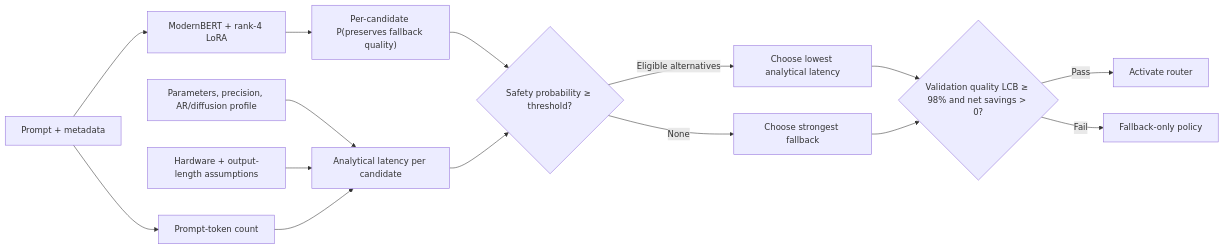
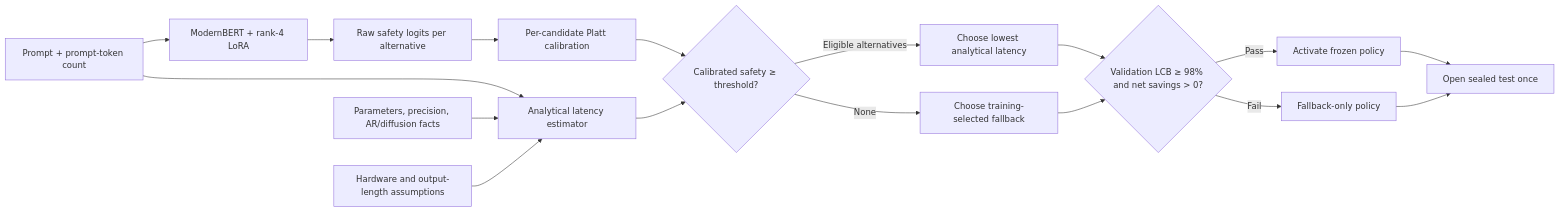
The diagram in README.md (BrunoVitti96/LLM-router), drawn with Mermaid before and after one commit. The commit also changed other lines of this file and 10 other files, not shown here.

Commit message:
Calibrate and strengthen ModernBERT routing POC

````diff
--- a/README.md
+++ b/README.md
@@ -19,17 +39,19 @@
 ```mermaid
 flowchart LR
-    P["Prompt + metadata"] --> M["ModernBERT + rank-4 LoRA"]
-    M --> S["Per-candidate P(preserves fallback quality)"]
-    P --> N["Prompt-token count"]
-    C["Parameters, precision, AR/diffusion profile"] --> L["Analytical latency per candidate"]
-    H["Hardware + output-length assumptions"] --> L
-    N --> L
-    S --> E{"Safety probability ≥ threshold?"}
-    L --> E
+    P["Prompt + prompt-token count"] --> M["ModernBERT + rank-4 LoRA"]
+    M --> R["Raw safety logits per alternative"]
+    R --> C["Per-candidate Platt calibration"]
+    P --> T["Analytical latency estimator"]
+    F["Parameters, precision, AR/diffusion facts"] --> T
+    H["Hardware and output-length assumptions"] --> T
+    C --> E{"Calibrated safety ≥ threshold?"}
+    T --> E
     E -->|"Eligible alternatives"| A["Choose lowest analytical latency"]
-    E -->|"None"| F["Choose strongest fallback"]
-    A --> G{"Validation quality LCB ≥ 98% and net savings > 0?"}
-    F --> G
-    G -->|"Pass"| D["Activate router"]
+    E -->|"None"| B["Choose training-selected fallback"]
+    A --> G{"Validation LCB ≥ 98% and net savings > 0?"}
+    B --> G
+    G -->|"Pass"| D["Activate frozen policy"]
     G -->|"Fail"| X["Fallback-only policy"]
+    D --> S["Open sealed test once"]
+    X --> S
 ```
````
